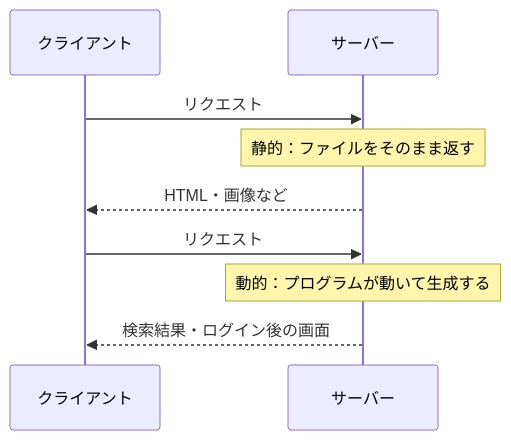
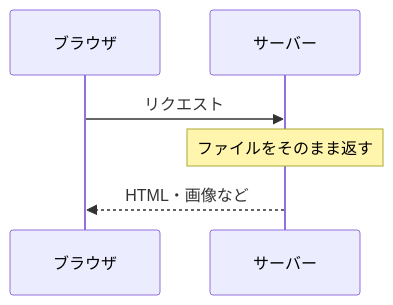
Before and after one commit to Bassiy/share_knowledge: the first of 3 diagrams in concepts/static_dynamic_content.md, drawn with Mermaid. The commit also changed other lines of this file, not shown here.

````diff
--- a/concepts/static_dynamic_content.md
+++ b/concepts/static_dynamic_content.md
@@ -10,13 +12,9 @@
 ```mermaid
 sequenceDiagram
-    participant C as クライアント
+    participant B as ブラウザ
     participant S as サーバー
 
-    C->>S: リクエスト
-    Note over S: 静的：ファイルをそのまま返す
-    S-->>C: HTML・画像など
-
-    C->>S: リクエスト
-    Note over S: 動的：プログラムが動いて生成する
-    S-->>C: 検索結果・ログイン後の画面
+    B->>S: リクエスト
+    Note over S: ファイルをそのまま返す
+    S-->>B: HTML・画像など
 ```
````
